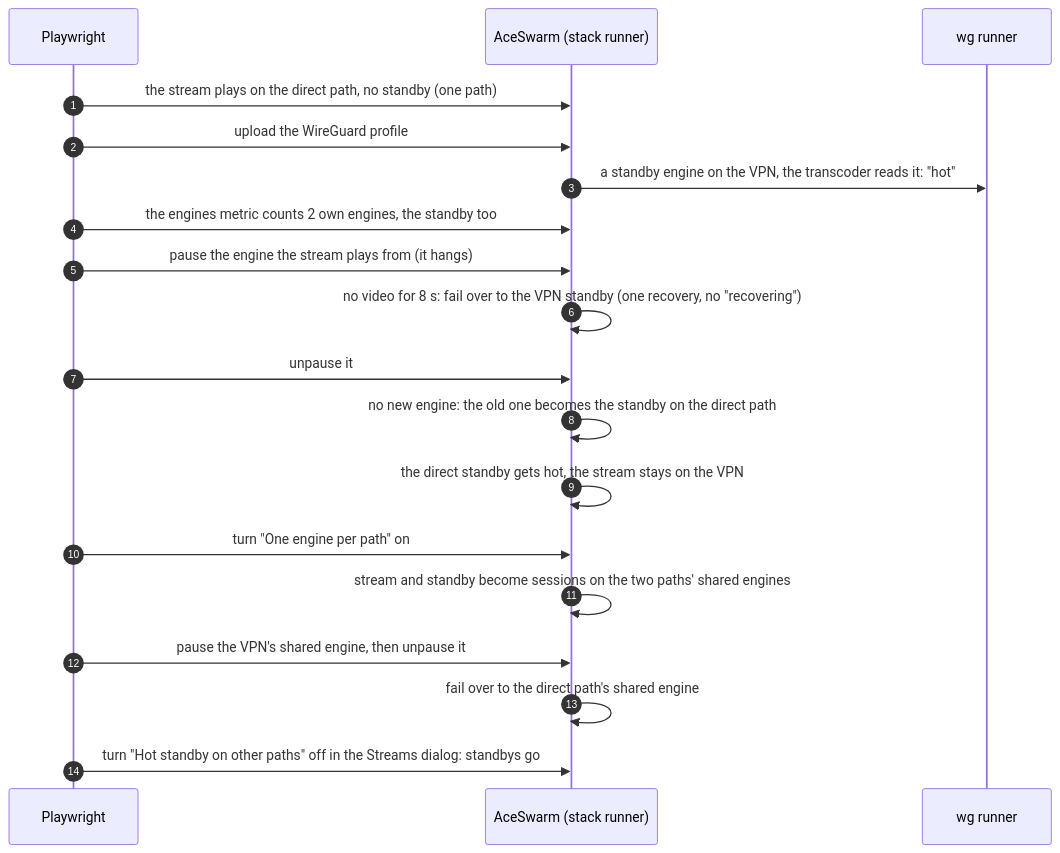
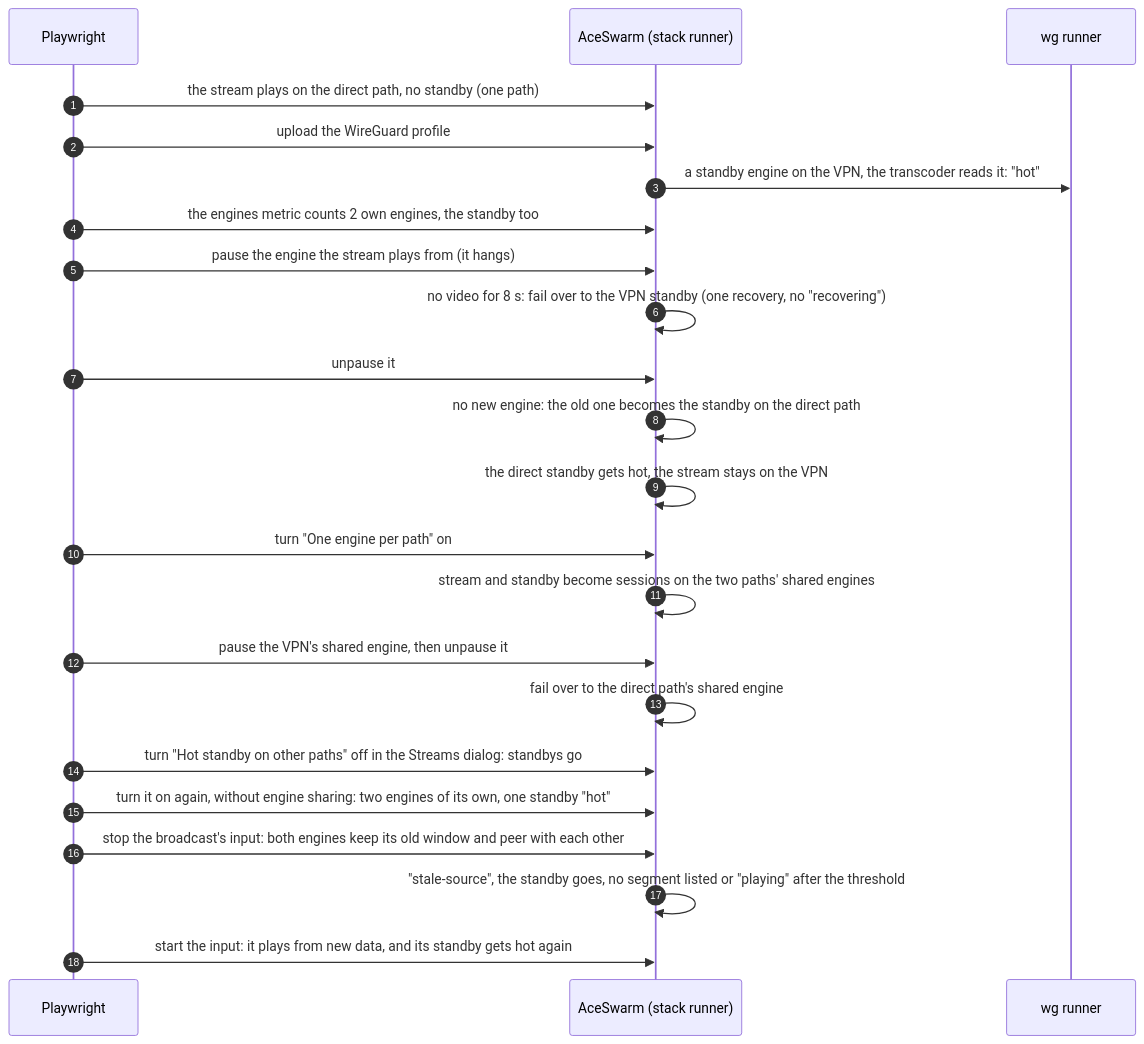
Diagram 12 of 13 in e2e/README.md (sergimn/AceSwarm), drawn with Mermaid before and after one commit. The commit also changed other lines of this file and 51 other files, not shown here.

First line of the commit message:
Never show a stopped broadcast's old video: follow the engine's live edge and wait for the source (#20)

````diff
--- a/e2e/README.md
+++ b/e2e/README.md
@@ -302,21 +323,25 @@
 ```mermaid
 sequenceDiagram
   autonumber
   participant T as Playwright
   participant AS as AceSwarm (stack runner)
   participant WG as wg runner
   T->>AS: the stream plays on the direct path, no standby (one path)
   T->>AS: upload the WireGuard profile
   AS->>WG: a standby engine on the VPN, the transcoder reads it: "hot"
   T->>AS: the engines metric counts 2 own engines, the standby too
   T->>AS: pause the engine the stream plays from (it hangs)
   AS->>AS: no video for 8 s: fail over to the VPN standby (one recovery, no "recovering")
   T->>AS: unpause it
   AS->>AS: no new engine: the old one becomes the standby on the direct path
   AS->>AS: the direct standby gets hot, the stream stays on the VPN
   T->>AS: turn "One engine per path" on
   AS->>AS: stream and standby become sessions on the two paths' shared engines
   T->>AS: pause the VPN's shared engine, then unpause it
   AS->>AS: fail over to the direct path's shared engine
   T->>AS: turn "Hot standby on other paths" off in the Streams dialog: standbys go
+  T->>AS: turn it on again, without engine sharing: two engines of its own, one standby "hot"
+  T->>AS: stop the broadcast's input: both engines keep its old window and peer with each other
+  AS->>AS: "stale-source", the standby goes, no segment listed or "playing" after the threshold
+  T->>AS: start the input: it plays from new data, and its standby gets hot again
 ```
````
